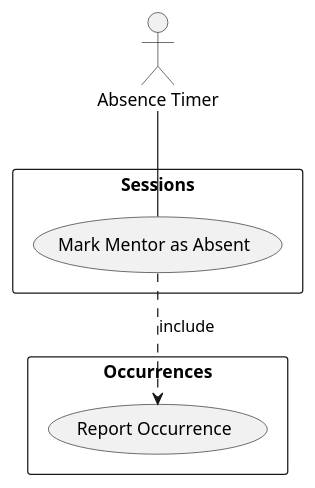
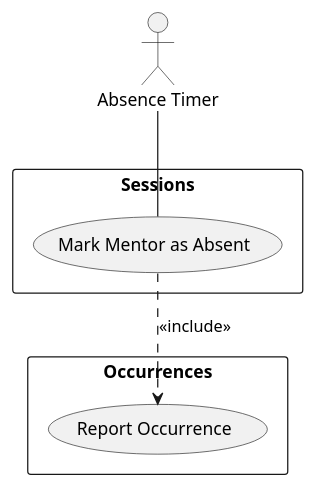
The diagram in Use Cases/MarkMentorAbsent.iuml (bmb0136/COMP-3700-Project), drawn with PlantUML before and after one commit. The commit also changed 1 other file, not shown here.

Commit message:
Put <<brackets>> around extend/include

```diff
--- a/Use Cases/MarkMentorAbsent.iuml
+++ b/Use Cases/MarkMentorAbsent.iuml
@@ -1,11 +1,11 @@
 @startuml MarkMentorAbsent
 actor :Absence Timer: as AbsenceTimer
 rectangle "Sessions" {
   (Mark Mentor as Absent) as MarkAbsent
 }
 rectangle "Occurrences" {
   (Report Occurrence) as Report
 }
 AbsenceTimer -- MarkAbsent
-MarkAbsent ..> Report : include
+MarkAbsent ..> Report : <<include>>
 @enduml
```
